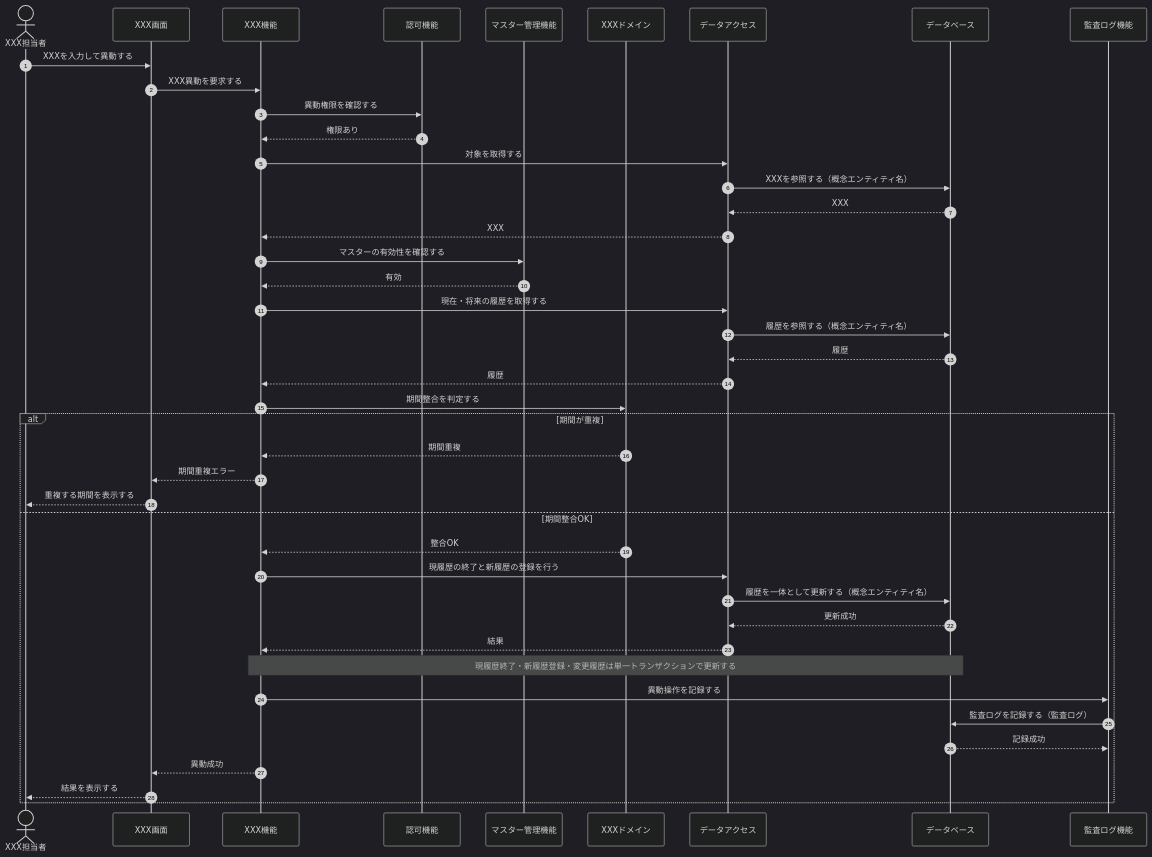
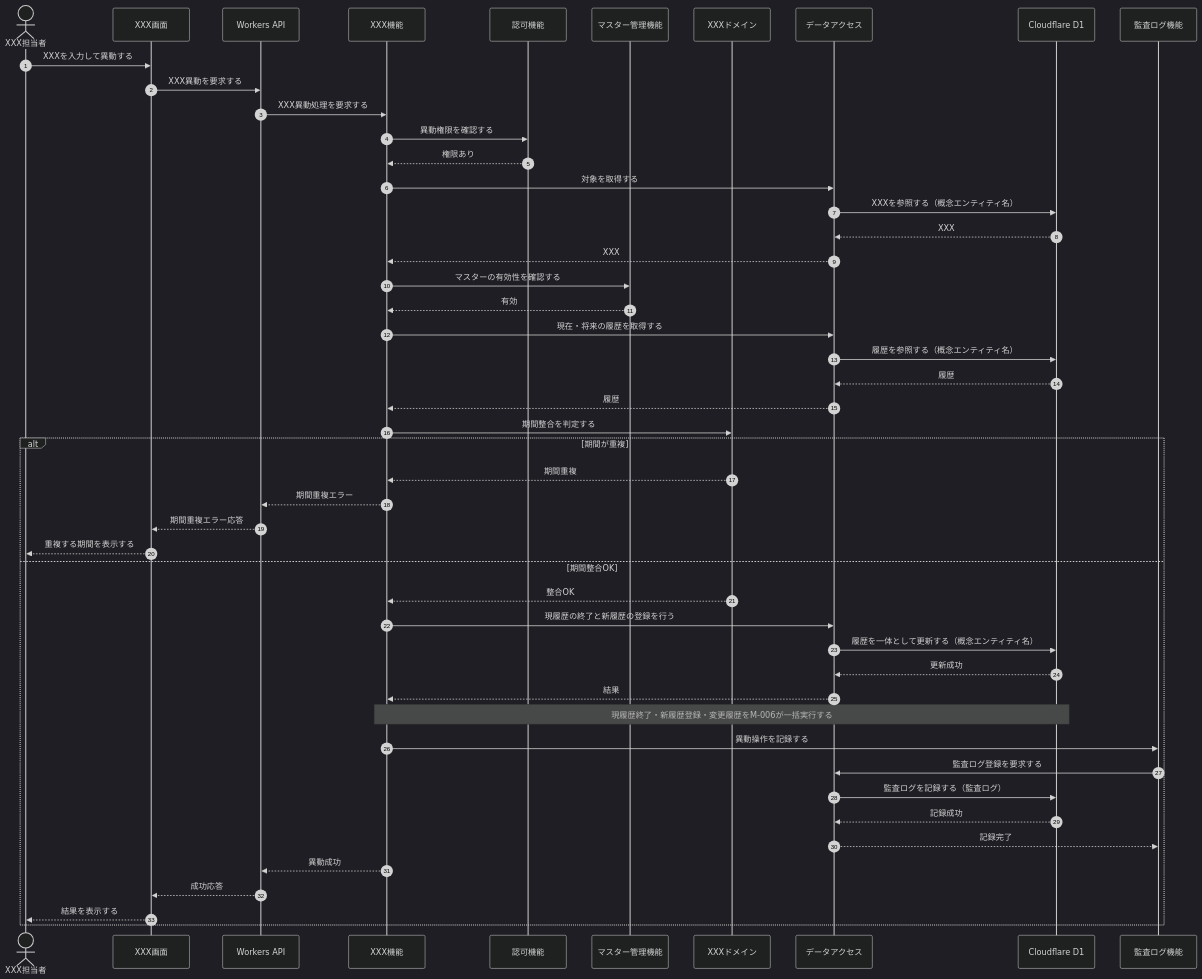
Before and after one commit to sikakou54/system-document-template: the fourth of 5 diagrams in 統合設計書/テンプレート/03_シーケンス設計.md, drawn with Mermaid (dark theme). The commit also changed other lines of this file and 40 other files, not shown here.

````diff
--- a/統合設計書/テンプレート/03_シーケンス設計.md
+++ b/統合設計書/テンプレート/03_シーケンス設計.md
@@ -258,46 +281,52 @@
 ```mermaid
 sequenceDiagram
     autonumber
     actor A as XXX担当者
     participant UI as XXX画面
+    participant API as Workers API
     participant APP as XXX機能
     participant AUTH as 認可機能
     participant MST as マスター管理機能
     participant DOM as XXXドメイン
     participant DATA as データアクセス
-    participant DB as データベース
+    participant DB as Cloudflare D1
     participant AUDIT as 監査ログ機能
 
     A->>UI: XXXを入力して異動する
-    UI->>APP: XXX異動を要求する
+    UI->>API: XXX異動を要求する
+    API->>APP: XXX異動処理を要求する
     APP->>AUTH: 異動権限を確認する
     AUTH-->>APP: 権限あり
     APP->>DATA: 対象を取得する
     DATA->>DB: XXXを参照する（概念エンティティ名）
     DB-->>DATA: XXX
     DATA-->>APP: XXX
     APP->>MST: マスターの有効性を確認する
     MST-->>APP: 有効
     APP->>DATA: 現在・将来の履歴を取得する
     DATA->>DB: 履歴を参照する（概念エンティティ名）
     DB-->>DATA: 履歴
     DATA-->>APP: 履歴
     APP->>DOM: 期間整合を判定する
     alt 期間が重複
         DOM-->>APP: 期間重複
-        APP-->>UI: 期間重複エラー
+        APP-->>API: 期間重複エラー
+        API-->>UI: 期間重複エラー応答
         UI-->>A: 重複する期間を表示する
     else 期間整合OK
         DOM-->>APP: 整合OK
         APP->>DATA: 現履歴の終了と新履歴の登録を行う
         DATA->>DB: 履歴を一体として更新する（概念エンティティ名）
         DB-->>DATA: 更新成功
         DATA-->>APP: 結果
-        Note over APP,DB: 現履歴終了・新履歴登録・変更履歴は単一トランザクションで更新する
+        Note over APP,DB: 現履歴終了・新履歴登録・変更履歴をM-006が一括実行する
         APP->>AUDIT: 異動操作を記録する
-        AUDIT->>DB: 監査ログを記録する（監査ログ）
-        DB-->>AUDIT: 記録成功
-        APP-->>UI: 異動成功
+        AUDIT->>DATA: 監査ログ登録を要求する
+        DATA->>DB: 監査ログを記録する（監査ログ）
+        DB-->>DATA: 記録成功
+        DATA-->>AUDIT: 記録完了
+        APP-->>API: 異動成功
+        API-->>UI: 成功応答
         UI-->>A: 結果を表示する
     end
 ```
````
